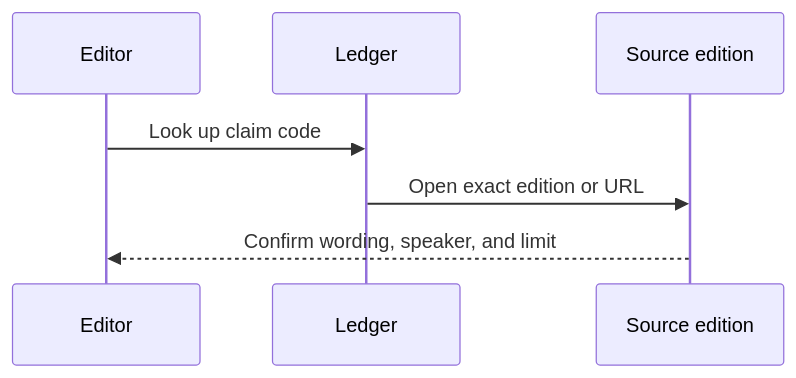
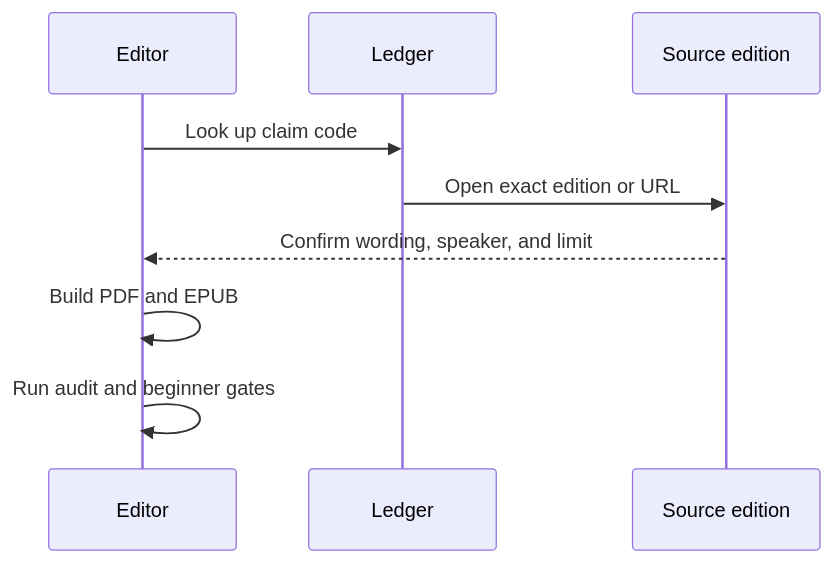
Before and after one commit to streamentry/streamentry: the third of 3 diagrams in book/references/AGENTS.md, drawn with Mermaid. The commit also changed other lines of this file and 35 other files, not shown here.

First line of the commit message:
Publish beginner-hardened handbook and EPUB edition (#1)

````diff
--- a/book/references/AGENTS.md
+++ b/book/references/AGENTS.md
@@ -37,9 +45,11 @@
 ```mermaid
 sequenceDiagram
   participant E as Editor
   participant L as Ledger
   participant S as Source edition
   E->>L: Look up claim code
   L->>S: Open exact edition or URL
   S-->>E: Confirm wording, speaker, and limit
+  E->>E: Build PDF and EPUB
+  E->>E: Run audit and beginner gates
 ```
````
